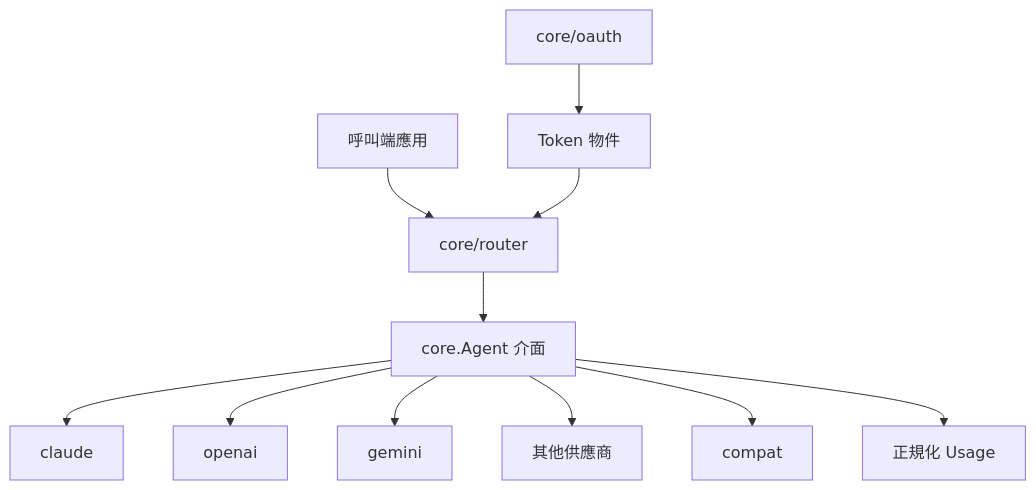
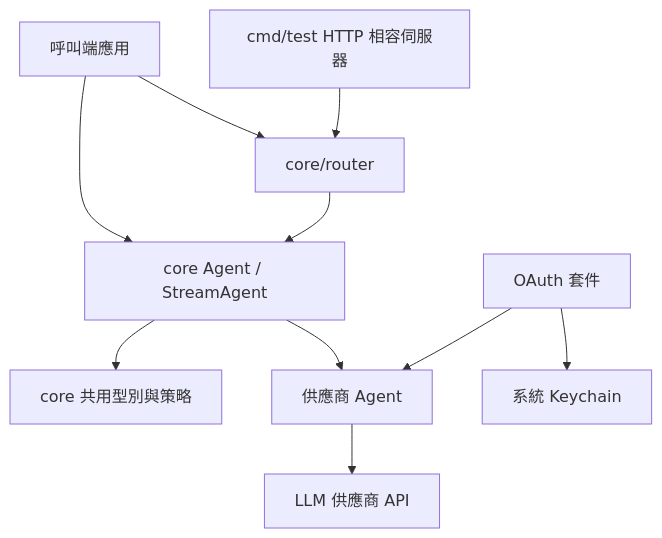
The first of 10 diagrams in doc/architecture.zh.md (pardnchiu/go-llm-router), drawn with Mermaid before and after one commit. The commit also changed other lines of this file and 3 other files, not shown here.

Commit message:
doc: Expand API and architecture documentation

````diff
--- a/doc/architecture.zh.md
+++ b/doc/architecture.zh.md
@@ -7,13 +9,22 @@
 ```mermaid
 graph TB
-    App[呼叫端應用] --> Router[core/router]
-    Router --> Agent[core.Agent 介面]
-    Agent --> Claude[claude]
-    Agent --> OpenAI[openai]
-    Agent --> Gemini[gemini]
-    Agent --> Others[其他供應商]
-    Agent --> Compat[compat]
-    OAuth[core/oauth] --> Token[Token 物件]
-    Token --> Router
-    Agent --> Usage[正規化 Usage]
+    App[呼叫端應用]
+    Test[cmd/test HTTP 相容伺服器]
+    Router[core/router]
+    Contract[core Agent / StreamAgent]
+    Shared[core 共用型別與策略]
+    Providers[供應商 Agent]
+    APIs[LLM 供應商 API]
+    OAuth[OAuth 套件]
+    Keychain[系統 Keychain]
+
+    App --> Router
+    App --> Contract
+    Test --> Router
+    Router --> Contract
+    Contract --> Shared
+    Contract --> Providers
+    Providers --> APIs
+    OAuth --> Keychain
+    OAuth --> Providers
 ```
````
